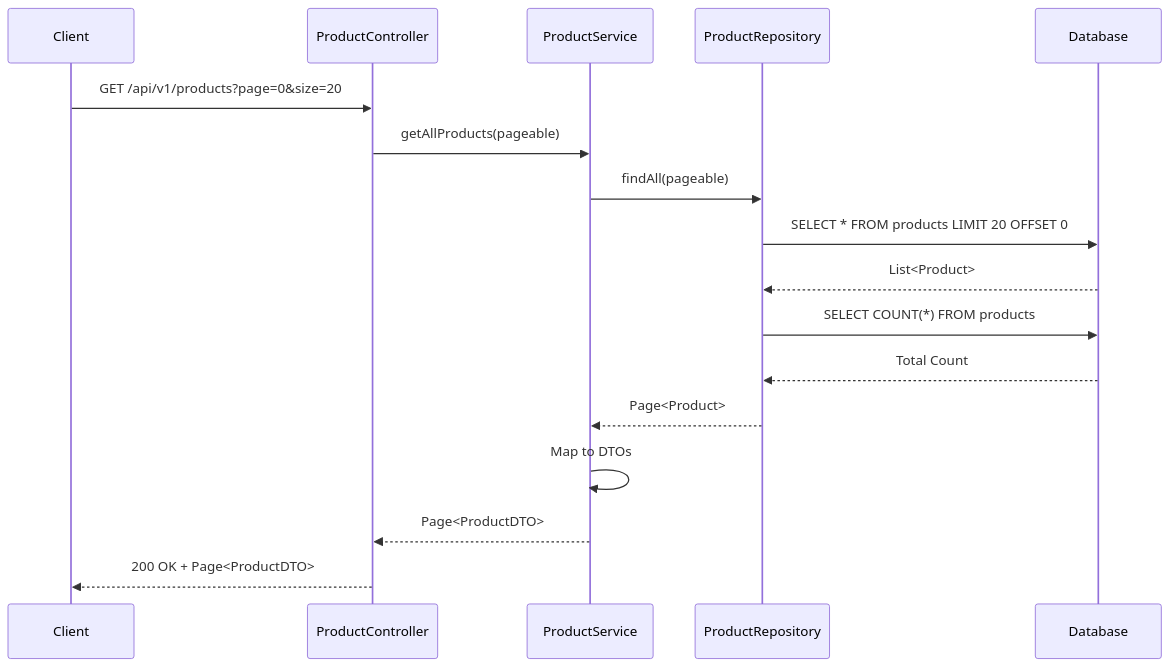
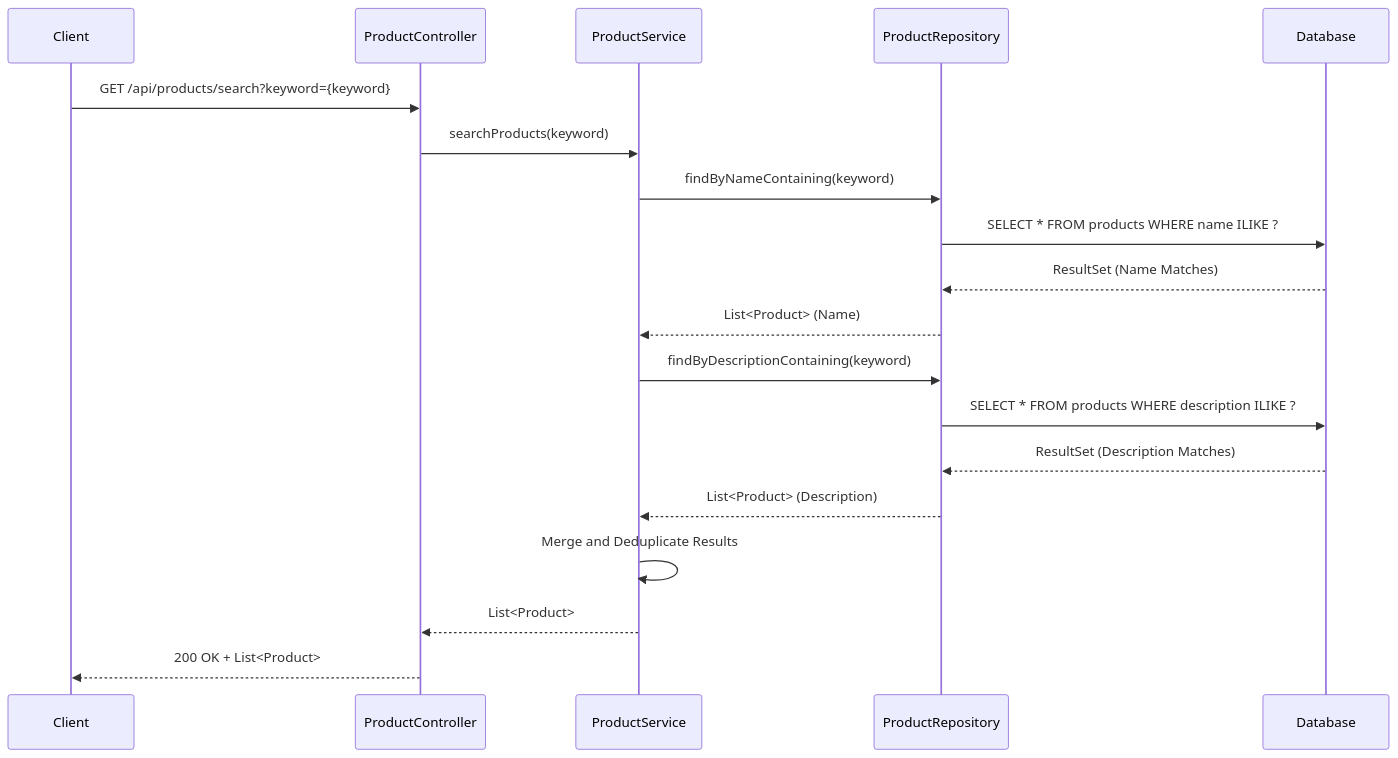
Before and after one commit to NavneetBN47/aava-ecom-demo: diagram 15 of 26 in docs/LLD/modified_lld.md, drawn with Mermaid. The commit also changed other lines of this file, not shown here.

````diff
--- a/docs/LLD/modified_lld.md
+++ b/docs/LLD/modified_lld.md
@@ -1062,20 +1508,24 @@
 ```mermaid
 sequenceDiagram
     participant Client
-    participant Controller as ProductController
-    participant Service as ProductService
-    participant Repository as ProductRepository
-    participant DB as Database
+    participant ProductController
+    participant ProductService
+    participant ProductRepository
+    participant Database
     
-    Client->>Controller: GET /api/v1/products?page=0&size=20
-    Controller->>Service: getAllProducts(pageable)
-    Service->>Repository: findAll(pageable)
-    Repository->>DB: SELECT * FROM products LIMIT 20 OFFSET 0
-    DB-->>Repository: List<Product>
-    Repository->>DB: SELECT COUNT(*) FROM products
-    DB-->>Repository: Total Count
-    Repository-->>Service: Page<Product>
-    Service->>Service: Map to DTOs
-    Service-->>Controller: Page<ProductDTO>
-    Controller-->>Client: 200 OK + Page<ProductDTO>
+    Client->>ProductController: GET /api/products/search?keyword={keyword}
+    ProductController->>ProductService: searchProducts(keyword)
+    ProductService->>ProductRepository: findByNameContaining(keyword)
+    ProductRepository->>Database: SELECT * FROM products WHERE name ILIKE ?
+    Database-->>ProductRepository: ResultSet (Name Matches)
+    ProductRepository-->>ProductService: List<Product> (Name)
+    
+    ProductService->>ProductRepository: findByDescriptionContaining(keyword)
+    ProductRepository->>Database: SELECT * FROM products WHERE description ILIKE ?
+    Database-->>ProductRepository: ResultSet (Description Matches)
+    ProductRepository-->>ProductService: List<Product> (Description)
+    
+    ProductService->>ProductService: Merge and Deduplicate Results
+    ProductService-->>ProductController: List<Product>
+    ProductController-->>Client: 200 OK + List<Product>
 ```
````
